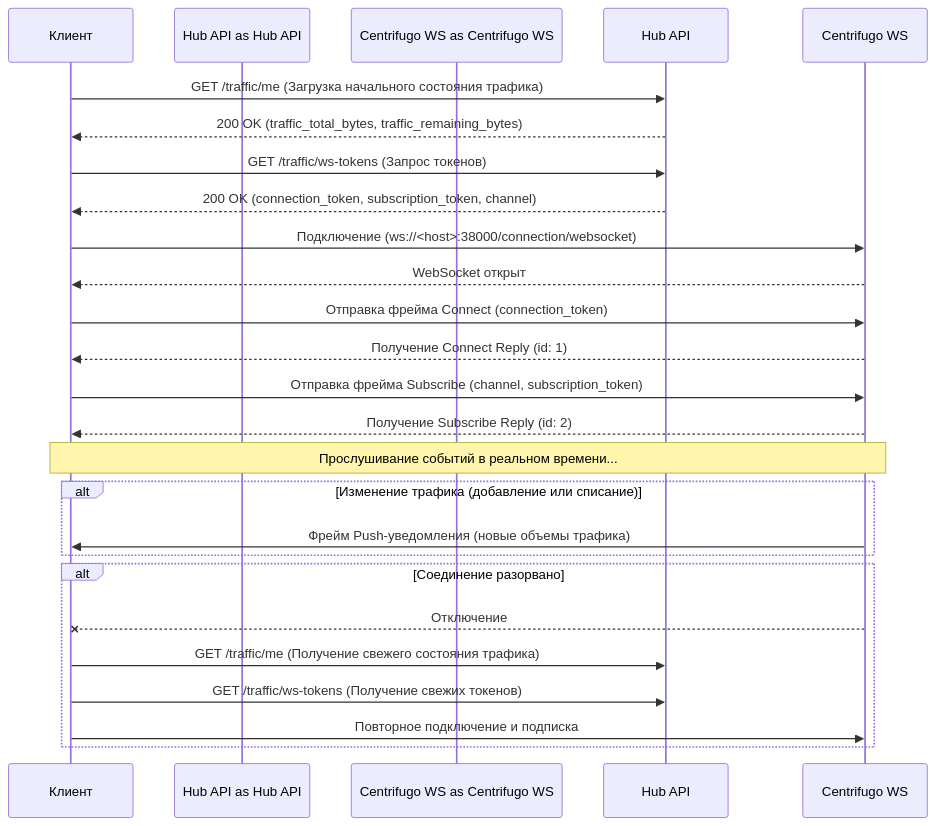
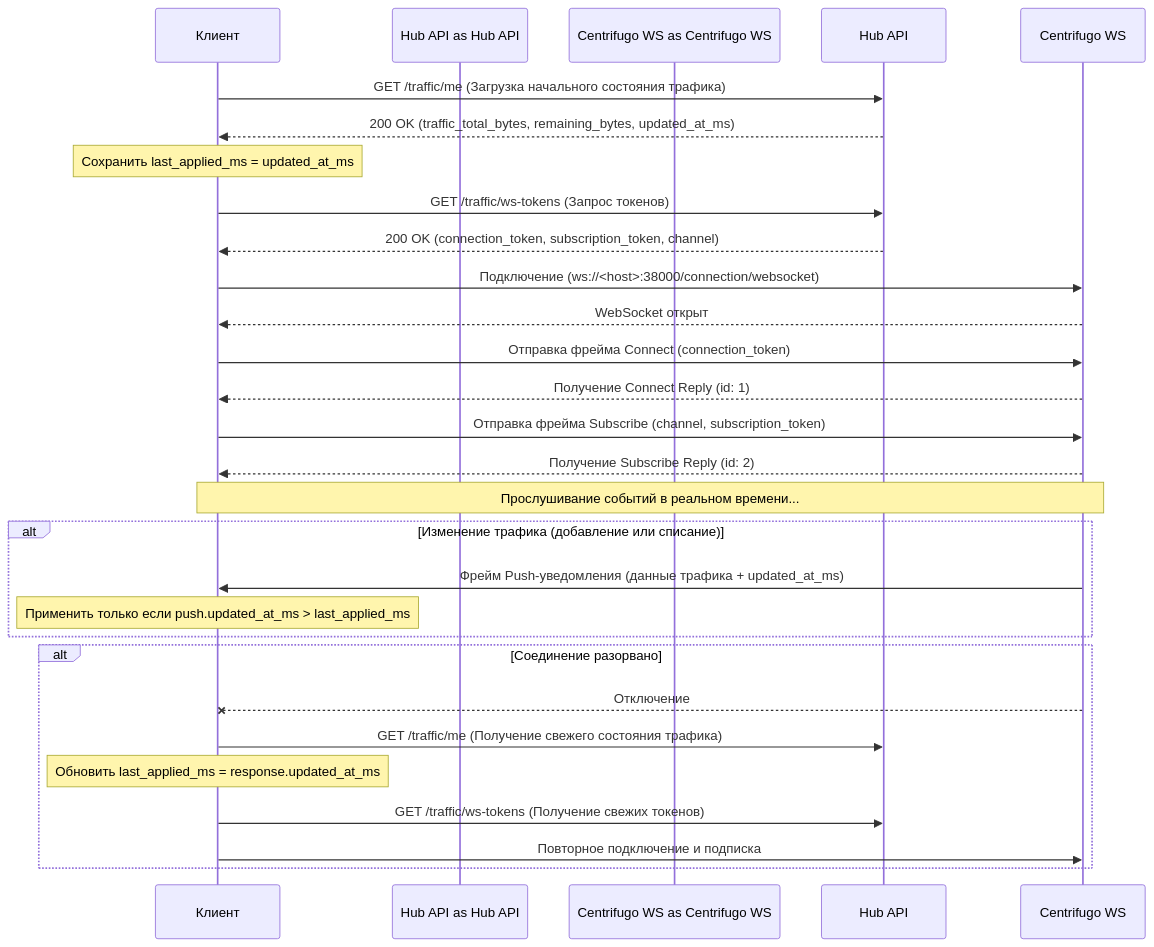
The diagram in docs/traffic_websockets.ru.md (theorynow/AstrexVPN-server-hub), drawn with Mermaid before and after one commit. The commit also changed other lines of this file and 5 other files, not shown here.

````diff
--- a/docs/traffic_websockets.ru.md
+++ b/docs/traffic_websockets.ru.md
@@ -9,34 +9,37 @@
 ```mermaid
 sequenceDiagram
     participant Client as Клиент
     participant Hub API as Hub API
     participant Centrifugo WS as Centrifugo WS
 
     Client->>Hub API: GET /traffic/me (Загрузка начального состояния трафика)
-    Hub API-->>Client: 200 OK (traffic_total_bytes, traffic_remaining_bytes)
+    Hub API-->>Client: 200 OK (traffic_total_bytes, remaining_bytes, updated_at_ms)
+    Note over Client: Сохранить last_applied_ms = updated_at_ms
     
     Client->>Hub API: GET /traffic/ws-tokens (Запрос токенов)
     Hub API-->>Client: 200 OK (connection_token, subscription_token, channel)
     
     Client->>Centrifugo WS: Подключение (ws://<host>:38000/connection/websocket)
     Centrifugo WS-->>Client: WebSocket открыт
     
     Client->>Centrifugo WS: Отправка фрейма Connect (connection_token)
     Centrifugo WS-->>Client: Получение Connect Reply (id: 1)
     
     Client->>Centrifugo WS: Отправка фрейма Subscribe (channel, subscription_token)
     Centrifugo WS-->>Client: Получение Subscribe Reply (id: 2)
     
     Note over Client, Centrifugo WS: Прослушивание событий в реальном времени...
     
     alt Изменение трафика (добавление или списание)
-        Centrifugo WS->>Client: Фрейм Push-уведомления (новые объемы трафика)
+        Centrifugo WS->>Client: Фрейм Push-уведомления (данные трафика + updated_at_ms)
+        Note over Client: Применить только если push.updated_at_ms > last_applied_ms
     end
     
     alt Соединение разорвано
         Centrifugo WS--xClient: Отключение
         Client->>Hub API: GET /traffic/me (Получение свежего состояния трафика)
+        Note over Client: Обновить last_applied_ms = response.updated_at_ms
         Client->>Hub API: GET /traffic/ws-tokens (Получение свежих токенов)
         Client->>Centrifugo WS: Повторное подключение и подписка
     end
 ```
````
